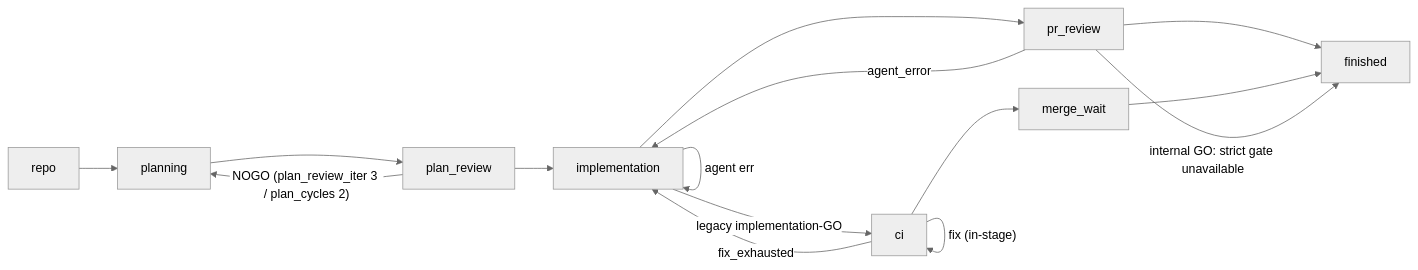
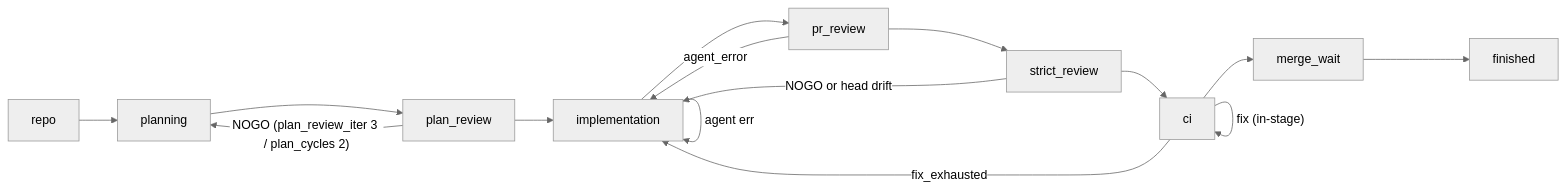
Before and after one commit to HomericIntelligence/Hephaestus: the diagram in docs/AUTOMATION_LOOP_ARCHITECTURE.md, drawn with Mermaid (neutral theme). The commit also changed other lines of this file and 4 other files, not shown here.

Commit message:
docs(automation): document strict review merge gate

````diff
--- a/docs/AUTOMATION_LOOP_ARCHITECTURE.md
+++ b/docs/AUTOMATION_LOOP_ARCHITECTURE.md
@@ -31,11 +33,10 @@
 ```mermaid
 flowchart LR
-  repo --> planning --> plan_review --> implementation --> pr_review --> finished
-  implementation -- "legacy implementation-GO" --> ci --> merge_wait --> finished
+  repo --> planning --> plan_review --> implementation --> pr_review --> strict_review --> ci --> merge_wait --> finished
   plan_review -- "NOGO (plan_review_iter 3 / plan_cycles 2)" --> planning
   implementation -- "agent err" --> implementation
   pr_review -- "agent_error" --> implementation
-  pr_review -- "internal GO: strict gate unavailable" --> finished
+  strict_review -- "NOGO or head drift" --> implementation
   ci -- "fix (in-stage)" --> ci
   ci -- "fix_exhausted" --> implementation
 ```
````
